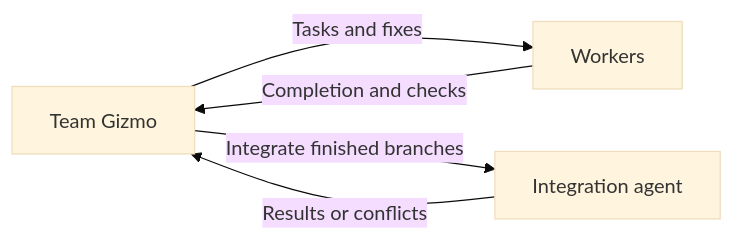
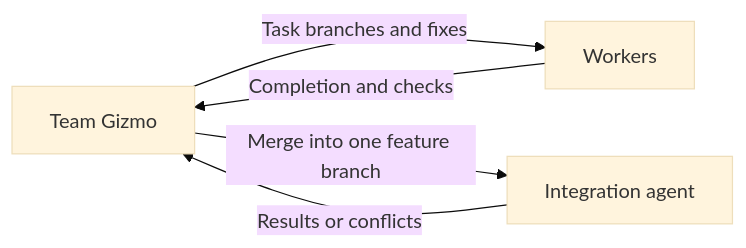
The diagram in cortex/agents/teams/gizmo/AGENTS.md (ai-ai-ai-ai-ai-ai-ai/meta-cortex), drawn with Mermaid (base theme) before and after one commit. The commit also changed other lines of this file and 5 other files, not shown here.

Commit message:
Clarify one feature branch with many worker task branches

````diff
--- a/cortex/agents/teams/gizmo/AGENTS.md
+++ b/cortex/agents/teams/gizmo/AGENTS.md
@@ -46,7 +46,7 @@
 ```mermaid
 flowchart LR
-    G[Team Gizmo] -->|Tasks and fixes| W[Workers]
+    G[Team Gizmo] -->|Task branches and fixes| W[Workers]
     W -->|Completion and checks| G
-    G -->|Integrate finished branches| I[Integration agent]
+    G -->|Merge into one feature branch| I[Integration agent]
     I -->|Results or conflicts| G
 ```
````
